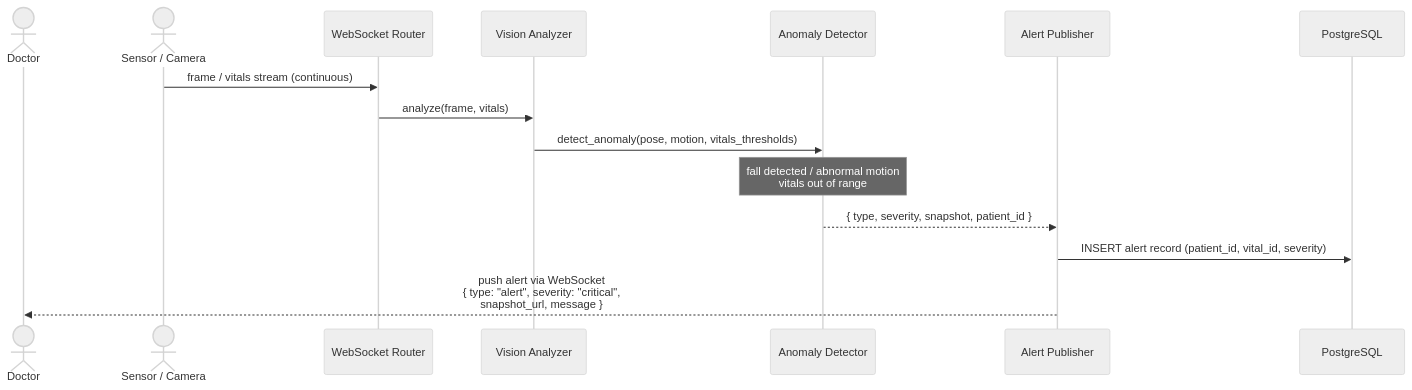
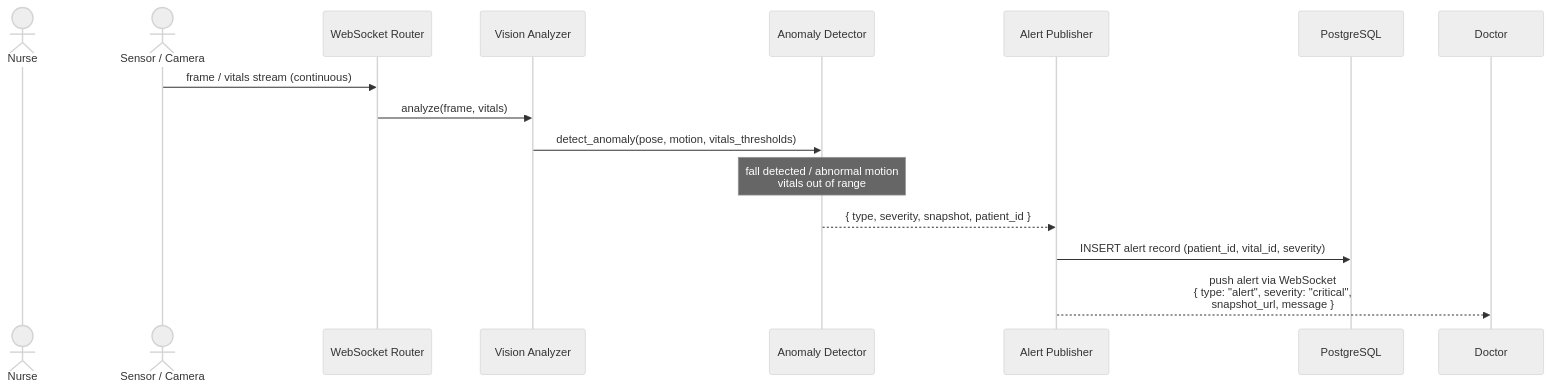
The third of 3 diagrams in docs/02_system_architecture.md (omarelnokrashy/Shifaa-AI-Based-Patient-Monitoring-System), drawn with Mermaid (neutral theme) before and after one commit. The commit also changed 1 other file, not shown here.

Commit message:
docs: update system architecture documentation and rename benchmarks results section

````diff
--- a/docs/02_system_architecture.md
+++ b/docs/02_system_architecture.md
@@ -204,18 +204,18 @@
 ```mermaid
 sequenceDiagram
-    actor Doctor
+    actor Nurse
     actor Sensor as Sensor / Camera
     participant WS as WebSocket Router
     participant VIS as Vision Analyzer
     participant ANO as Anomaly Detector
     participant PUB as Alert Publisher
     participant DB as PostgreSQL
 
     Sensor->>WS: frame / vitals stream (continuous)
     WS->>VIS: analyze(frame, vitals)
     VIS->>ANO: detect_anomaly(pose, motion, vitals_thresholds)
     Note over ANO: fall detected / abnormal motion<br/>vitals out of range
     ANO-->>PUB: { type, severity, snapshot, patient_id }
     PUB->>DB: INSERT alert record (patient_id, vital_id, severity)
     PUB-->>Doctor: push alert via WebSocket<br/>{ type: "alert", severity: "critical",<br/>snapshot_url, message }
 ```
````
